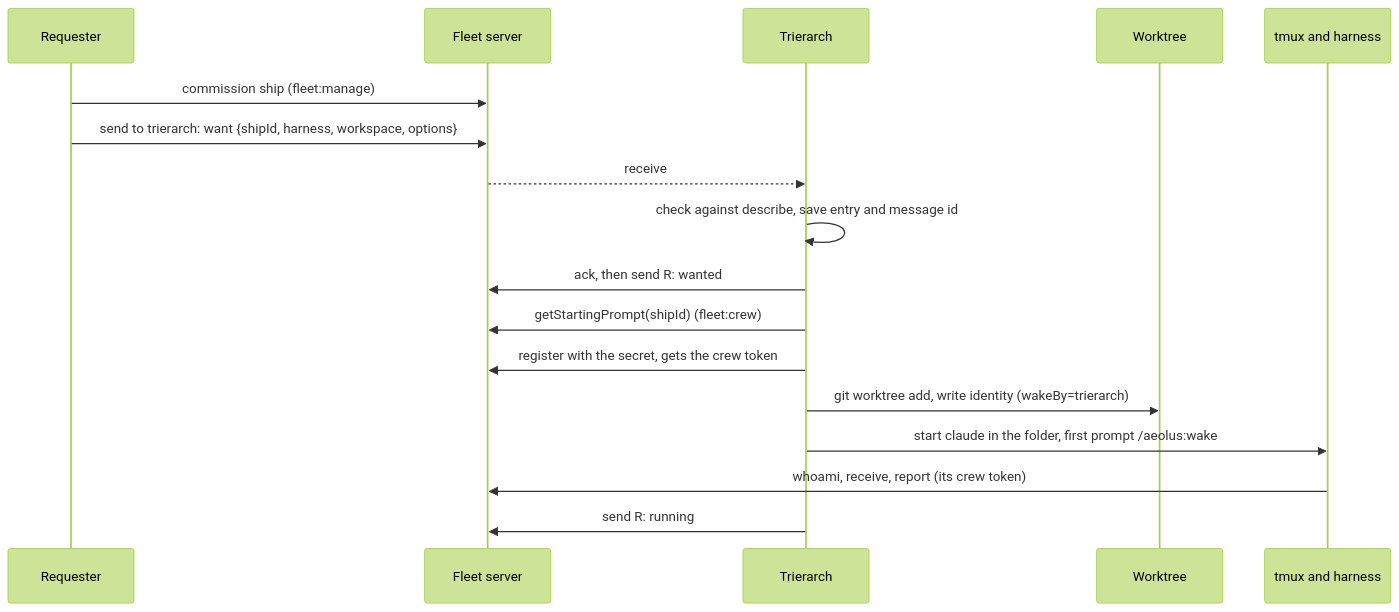
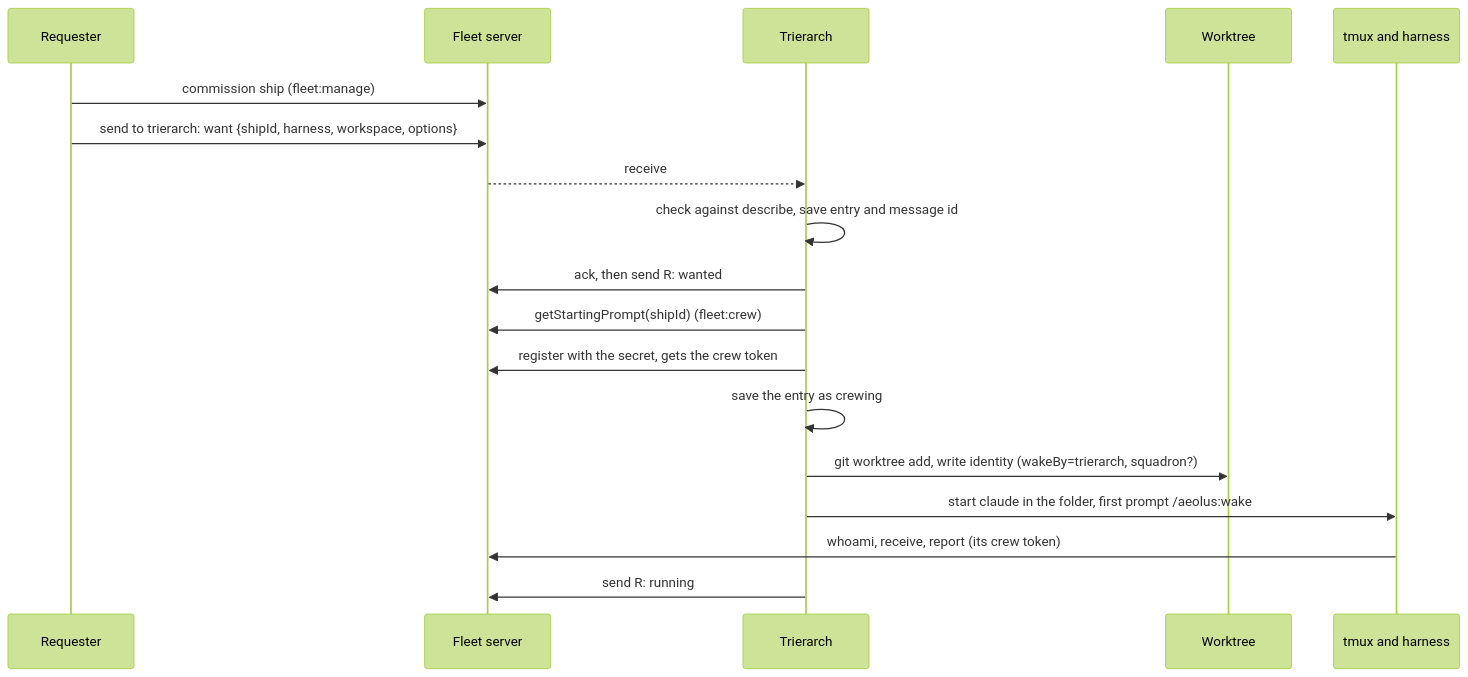
Before and after one commit to ThomasHendrickx/aeolus-fleet: the second of 5 diagrams in docs/architecture.md, drawn with Mermaid (forest theme). The commit also changed other lines of this file and 7 other files, not shown here.

First line of the commit message:
docs: the trierarch's behaviour and protocol in trierarch.md, squadron members, the crewing-before-register resume rule, argo's fleet:crew and the console screens as D5

````diff
--- a/docs/architecture.md
+++ b/docs/architecture.md
@@ -230,19 +221,20 @@
 ```mermaid
 sequenceDiagram
   participant R as Requester
   participant F as Fleet server
   participant T as Trierarch
   participant W as Worktree
   participant X as tmux and harness
   R->>F: commission ship (fleet:manage)
   R->>F: send to trierarch: want {shipId, harness, workspace, options}
   F-->>T: receive
   T->>T: check against describe, save entry and message id
   T->>F: ack, then send R: wanted
   T->>F: getStartingPrompt(shipId) (fleet:crew)
   T->>F: register with the secret, gets the crew token
-  T->>W: git worktree add, write identity (wakeBy=trierarch)
+  T->>T: save the entry as crewing
+  T->>W: git worktree add, write identity (wakeBy=trierarch, squadron?)
   T->>X: start claude in the folder, first prompt /aeolus:wake
   X->>F: whoami, receive, report (its crew token)
   T->>F: send R: running
 ```
````
